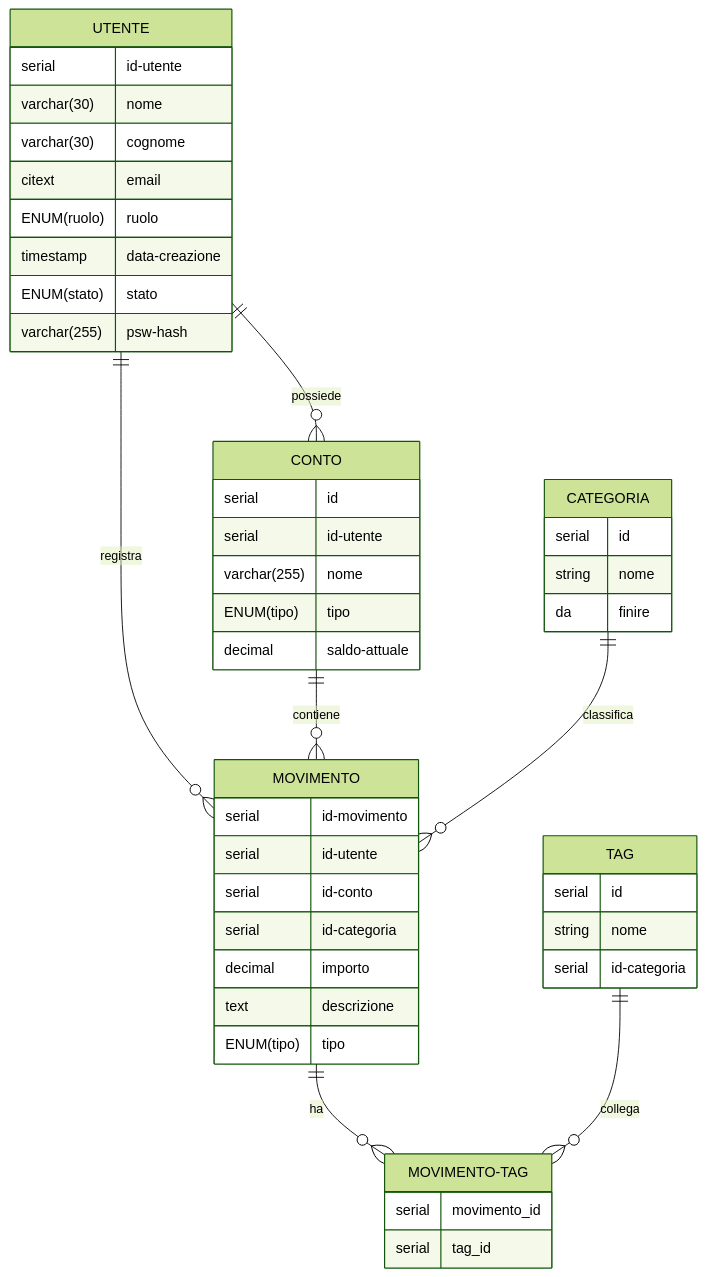
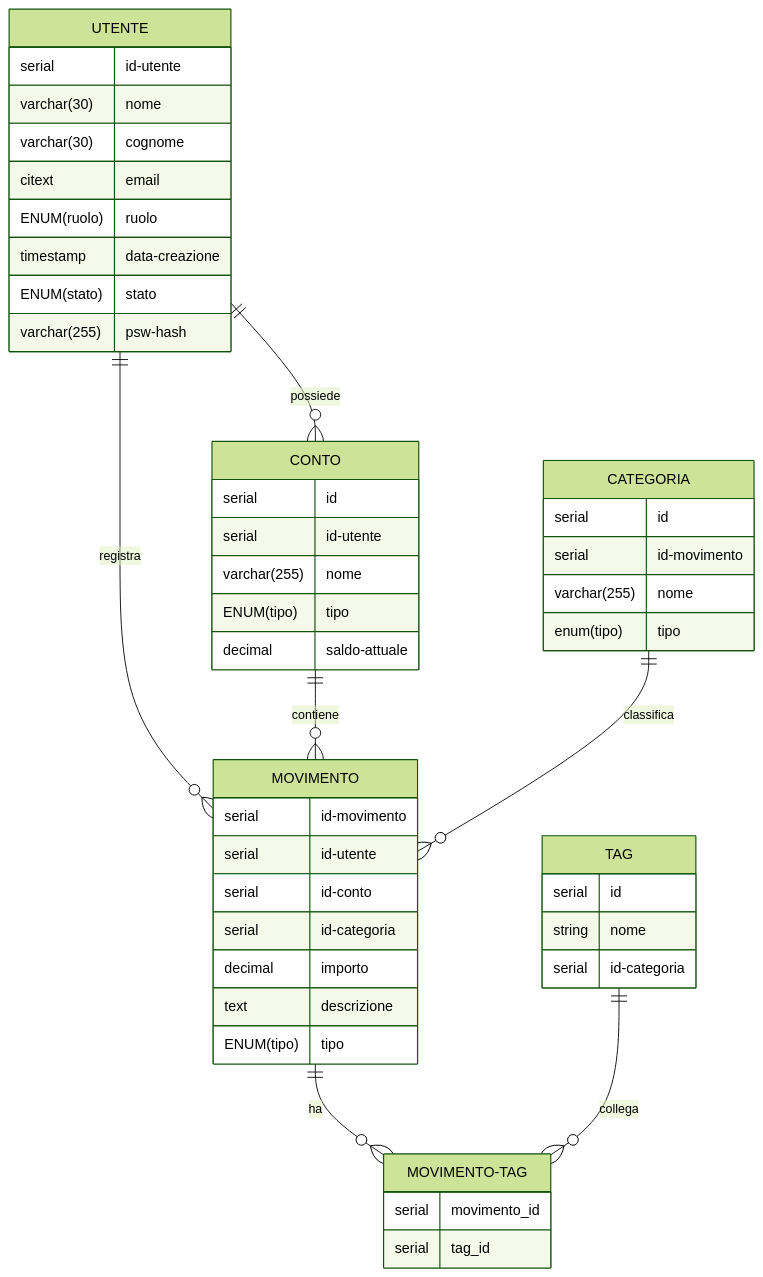
Before and after one commit to StetoVillans/SV-ErMoneiTracher: the diagram in README.MD, drawn with Mermaid (forest theme). The commit also changed 1 other file, not shown here.

Commit message:
Docs: tabella categoria aggiunta

````diff
--- a/README.MD
+++ b/README.MD
@@ -29,55 +29,56 @@
 ``` mermaid
 erDiagram
     UTENTE {
         serial id-utente
         varchar(30) nome
         varchar(30) cognome
         citext email
         ENUM(ruolo) ruolo
         timestamp data-creazione
         ENUM(stato) stato
         varchar(255) psw-hash
     }
 
     CONTO {
         serial id
         serial id-utente
         varchar(255) nome
         ENUM(tipo) tipo
         decimal saldo-attuale
     }
 
     MOVIMENTO {
         serial id-movimento
         serial id-utente
         serial id-conto
         serial id-categoria
         decimal importo
         text descrizione
         ENUM(tipo) tipo
     }
 
     CATEGORIA {
         serial id
-        string nome
-        da finire
+        serial id-movimento
+        varchar(255) nome
+        enum(tipo) tipo
     }
 
     TAG {
         serial id
         string nome
         serial id-categoria
     }
 
     MOVIMENTO-TAG {
         serial movimento_id
         serial tag_id
     }
 
     UTENTE ||--o{ CONTO : possiede
     UTENTE ||--o{ MOVIMENTO : registra
     CONTO ||--o{ MOVIMENTO : contiene
     CATEGORIA ||--o{ MOVIMENTO : classifica
     MOVIMENTO ||--o{ MOVIMENTO-TAG : ha
     TAG ||--o{ MOVIMENTO-TAG : collega
 ```
````
